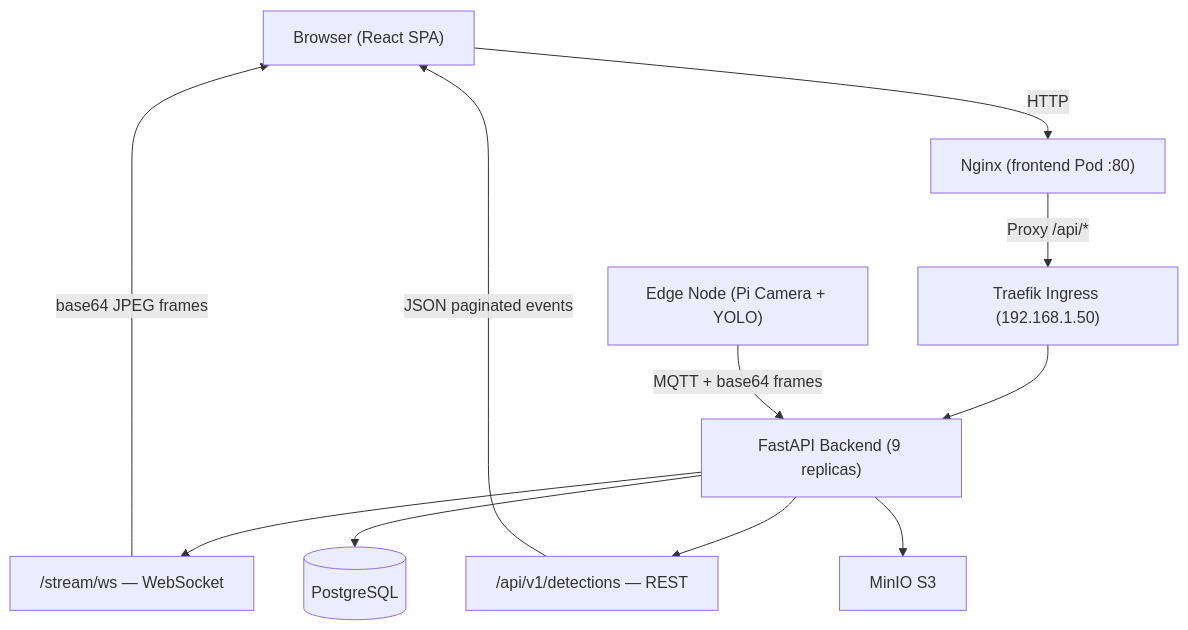
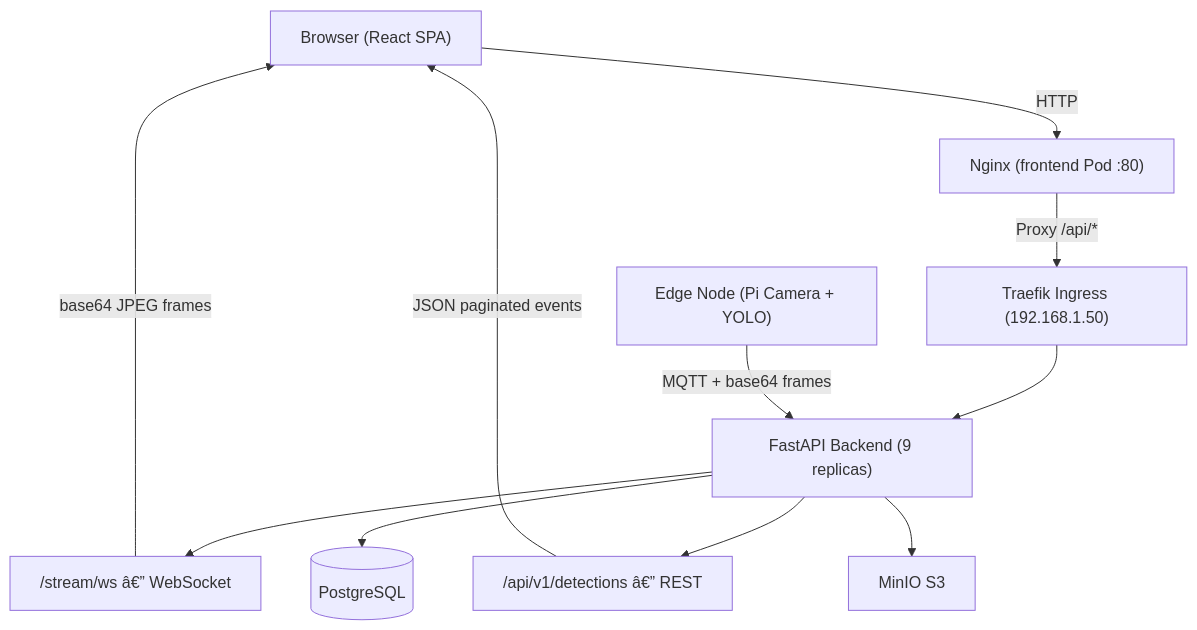
Before and after one commit to Group-6-Cloud-Computing-SS2026/Threat-Detection-System: the first of 3 diagrams in docs/docs/tasks/task-08-frontend.md, drawn with Mermaid. The commit also changed other lines of this file, not shown here.

````diff
--- a/docs/docs/tasks/task-08-frontend.md
+++ b/docs/docs/tasks/task-08-frontend.md
@@ -19,21 +19,21 @@
 ```mermaid
 graph TD
     Browser["Browser (React SPA)"]
     Nginx["Nginx (frontend Pod :80)"]
     Traefik["Traefik Ingress (192.168.1.50)"]
     FastAPI["FastAPI Backend (9 replicas)"]
-    WS["/stream/ws — WebSocket"]
-    REST["/api/v1/detections — REST"]
+    WS["/stream/ws â€” WebSocket"]
+    REST["/api/v1/detections â€” REST"]
     DB[("PostgreSQL")]
     S3["MinIO S3"]
     Edge["Edge Node (Pi Camera + YOLO)"]
 
     Browser -->|HTTP| Nginx
     Nginx -->|Proxy /api/*| Traefik
     Traefik --> FastAPI
     FastAPI --> WS & REST
     WS -->|base64 JPEG frames| Browser
     REST -->|JSON paginated events| Browser
     FastAPI --> DB & S3
     Edge -->|MQTT + base64 frames| FastAPI
 ```
````
